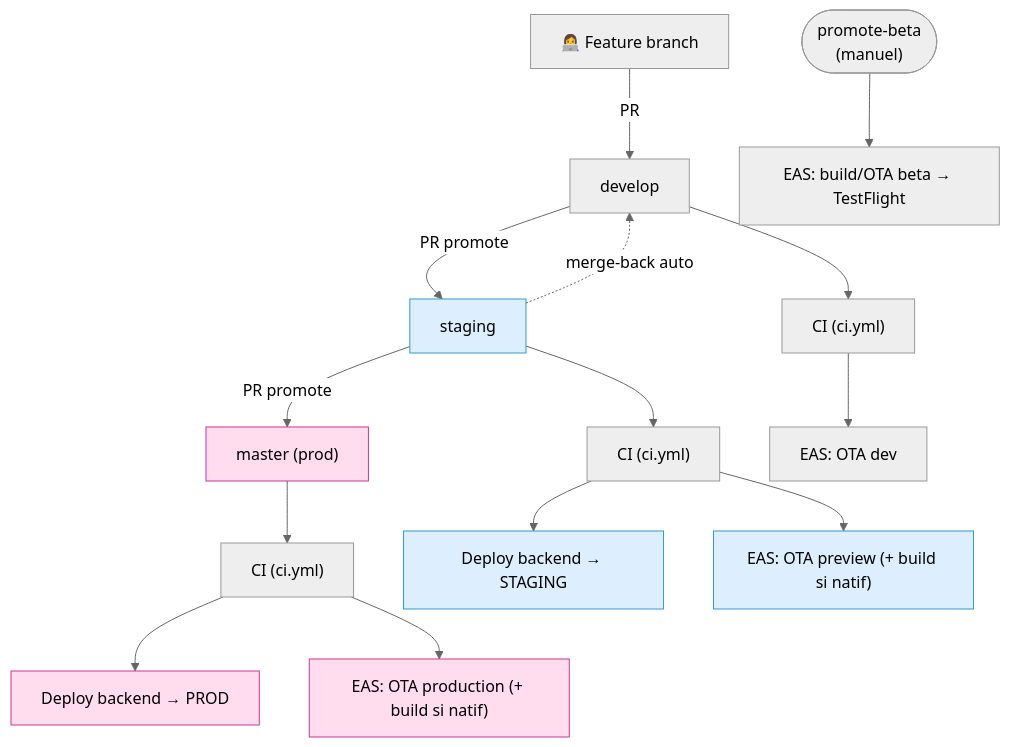
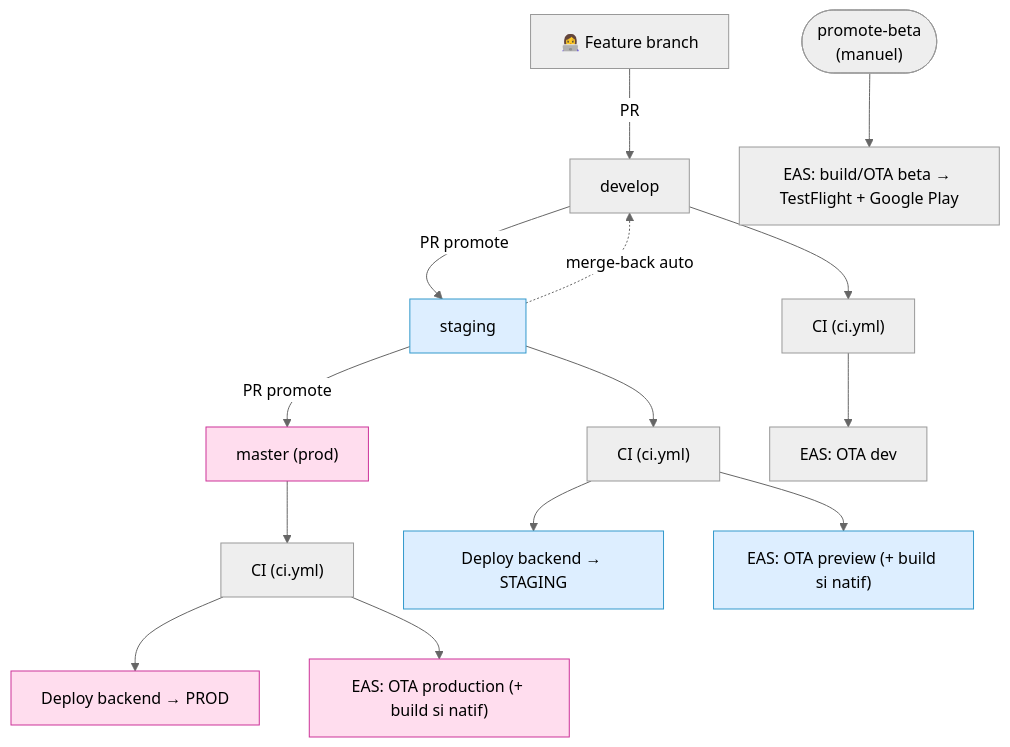
The first of 5 diagrams in docs/exploitation/ci-cd.md (SIMOND-ANCE-BROS/FFD-Connect), drawn with Mermaid (neutral theme) before and after one commit. The commit also changed other lines of this file and 7 other files, not shown here.

````diff
--- a/docs/exploitation/ci-cd.md
+++ b/docs/exploitation/ci-cd.md
@@ -21,24 +21,24 @@
 ```mermaid
 flowchart TD
     dev["👩‍💻 Feature branch"] -->|PR| DV["develop"]
     DV -->|PR promote| ST["staging"]
     ST -->|PR promote| MA["master (prod)"]
     ST -.->|merge-back auto| DV
 
     DV --> CI1["CI (ci.yml)"]
     ST --> CI2["CI (ci.yml)"]
     MA --> CI3["CI (ci.yml)"]
 
     CI1 --> EAS1["EAS: OTA dev"]
     CI2 --> DEP1["Deploy backend → STAGING"]
     CI2 --> EAS2["EAS: OTA preview (+ build si natif)"]
     CI3 --> DEP2["Deploy backend → PROD"]
     CI3 --> EAS3["EAS: OTA production (+ build si natif)"]
 
-    MB(["promote-beta<br/>(manuel)"]) --> EASB["EAS: build/OTA beta → TestFlight"]
+    MB(["promote-beta<br/>(manuel)"]) --> EASB["EAS: build/OTA beta → TestFlight + Google Play"]
 
     classDef prod fill:#fde,stroke:#c39;
     classDef stag fill:#def,stroke:#39c;
     class MA,DEP2,EAS3 prod;
     class ST,DEP1,EAS2 stag;
 ```
````
